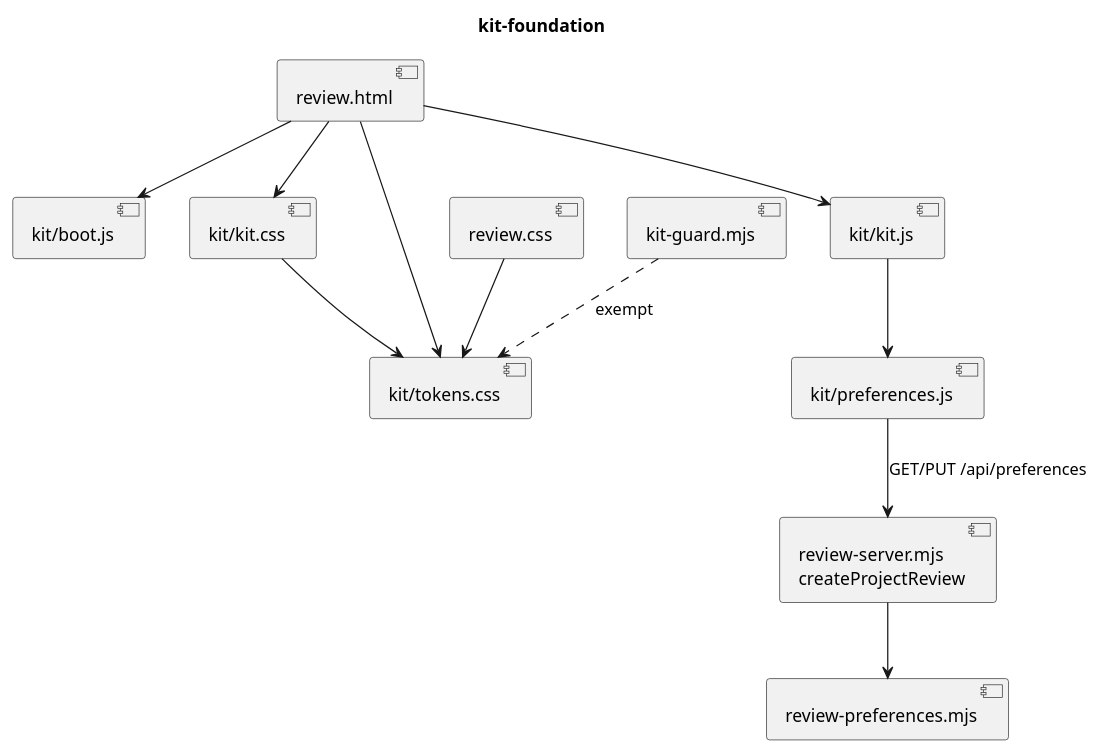
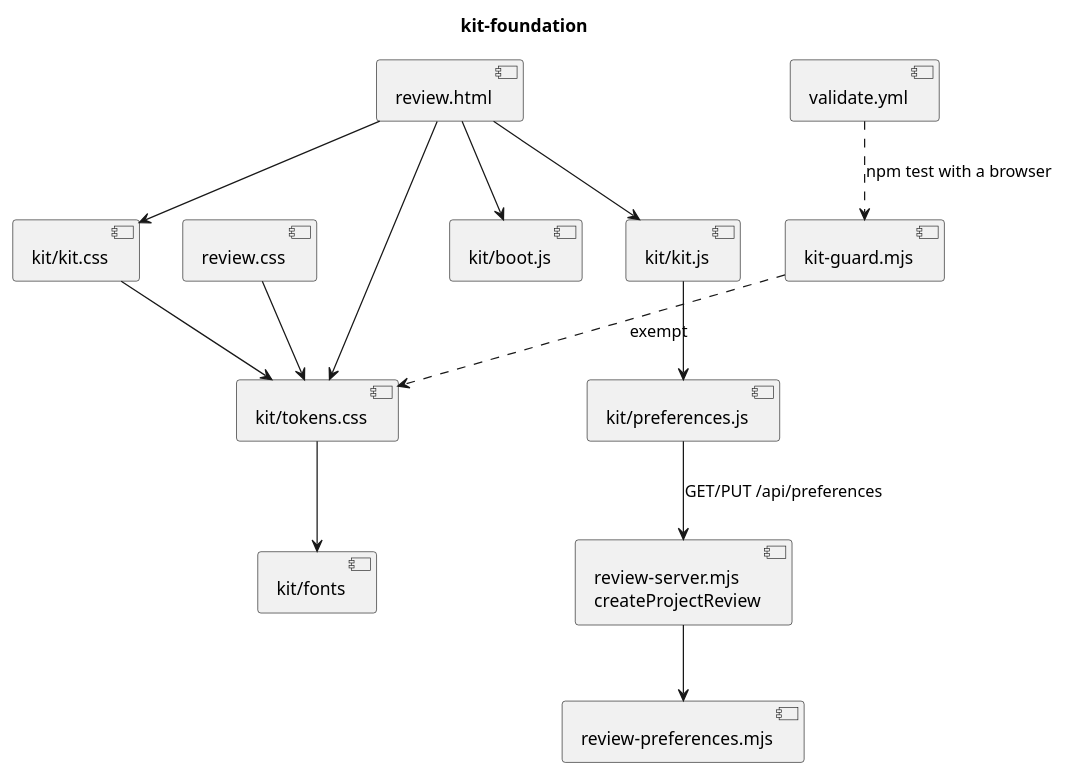
The diagram in docs/plans/review-app-ui-kit/kit-foundation/code.puml (RumyantsevMichael/Prism), drawn with PlantUML before and after one commit. The commit also changed 46 other files, not shown here.

```diff
--- a/docs/plans/review-app-ui-kit/kit-foundation/code.puml
+++ b/docs/plans/review-app-ui-kit/kit-foundation/code.puml
@@ -1,23 +1,27 @@
 @startuml
 title kit-foundation
 component "review.html" as html
 component "kit/boot.js" as boot
 component "kit/preferences.js" as prefs
 component "kit/tokens.css" as tokens
+component "kit/fonts" as fonts
 component "kit/kit.css" as kitcss
 component "kit/kit.js" as kitjs
 component "review.css" as legacy
 component "review-server.mjs\ncreateProjectReview" as server
 component "review-preferences.mjs" as store
 component "kit-guard.mjs" as guard
+component "validate.yml" as ci
 html --> boot
 html --> tokens
 html --> kitcss
 html --> kitjs
+tokens --> fonts
 kitjs --> prefs
 prefs --> server : GET/PUT /api/preferences
 server --> store
 legacy --> tokens
 kitcss --> tokens
 guard ..> tokens : exempt
+ci ..> guard : npm test with a browser
 @enduml
```
